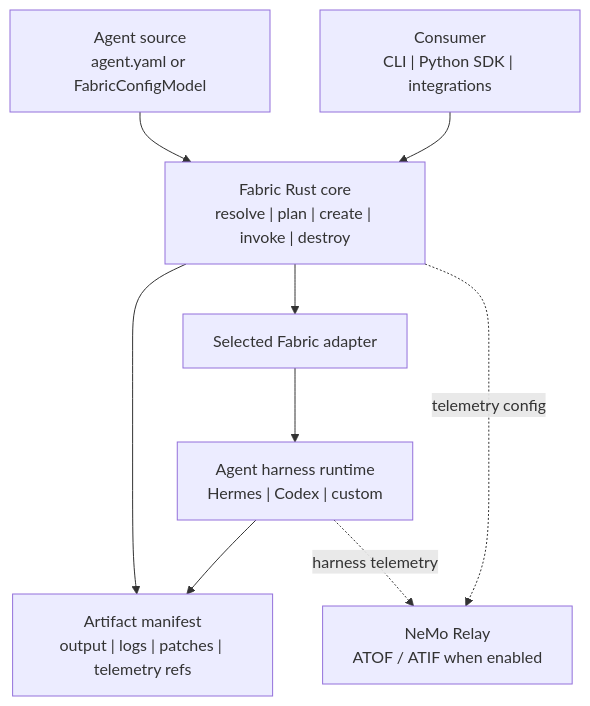
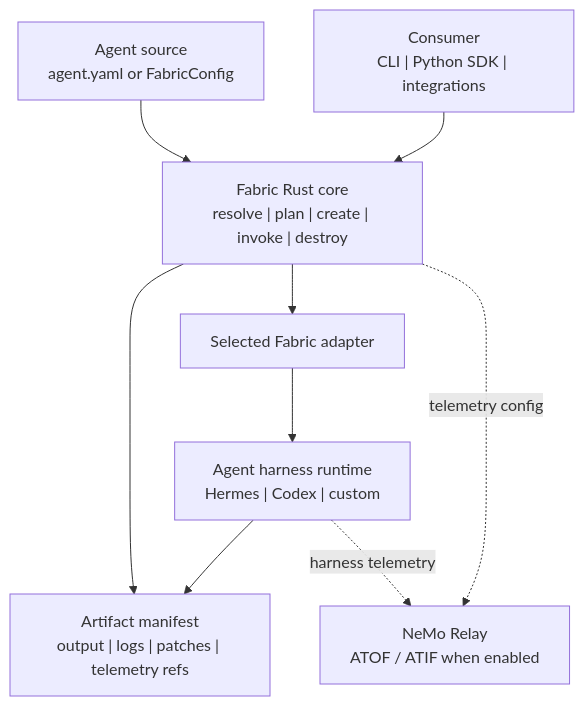
The diagram in README.md (NVIDIA/NeMo-Fabric), drawn with Mermaid before and after one commit. The commit also changed other lines of this file and 14 other files, not shown here.

Commit message:
Use one public config model hierarchy

````diff
--- a/README.md
+++ b/README.md
@@ -30,19 +30,19 @@
 ```mermaid
 flowchart TB
   Consumer["Consumer\nCLI | Python SDK | integrations"]
-  Config["Agent source\nagent.yaml or FabricConfigModel"]
+  Config["Agent source\nagent.yaml or FabricConfig"]
   Core["Fabric Rust core\nresolve | plan | create | invoke | destroy"]
   Adapter["Selected Fabric adapter"]
   Harness["Agent harness runtime\nHermes | Codex | custom"]
   Artifacts["Artifact manifest\noutput | logs | patches | telemetry refs"]
   Relay["NeMo Relay\nATOF / ATIF when enabled"]
 
   Consumer --> Core
   Config --> Core
   Core --> Adapter
   Adapter --> Harness
   Harness --> Artifacts
   Core --> Artifacts
   Core -. telemetry config .-> Relay
   Harness -. harness telemetry .-> Relay
 ```
````
